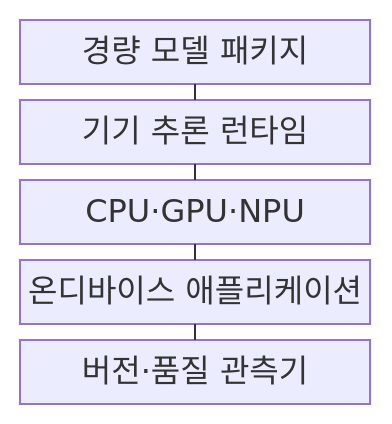
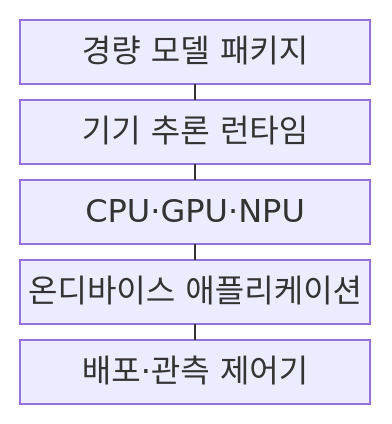
One commit to agnusdei1207/knowledge-base changed the first of 2 diagrams in src/content/docs/notes/03-software/208_on_device_model_deployment.md. Above: the diagram before and after it, drawn with Mermaid. The commit also changed other lines of this file and 20 other files, not shown here.

````diff
--- a/src/content/docs/notes/03-software/208_on_device_model_deployment.md
+++ b/src/content/docs/notes/03-software/208_on_device_model_deployment.md
@@ -55,13 +57,13 @@
 ```mermaid
 block-beta
     columns 1
     A["경량 모델 패키지"]
     B["기기 추론 런타임"]
     C["CPU·GPU·NPU"]
     D["온디바이스 애플리케이션"]
-    E["버전·품질 관측기"]
+    E["배포·관측 제어기"]
     A --- B
     B --- C
     C --- D
     D --- E
 ```
````
